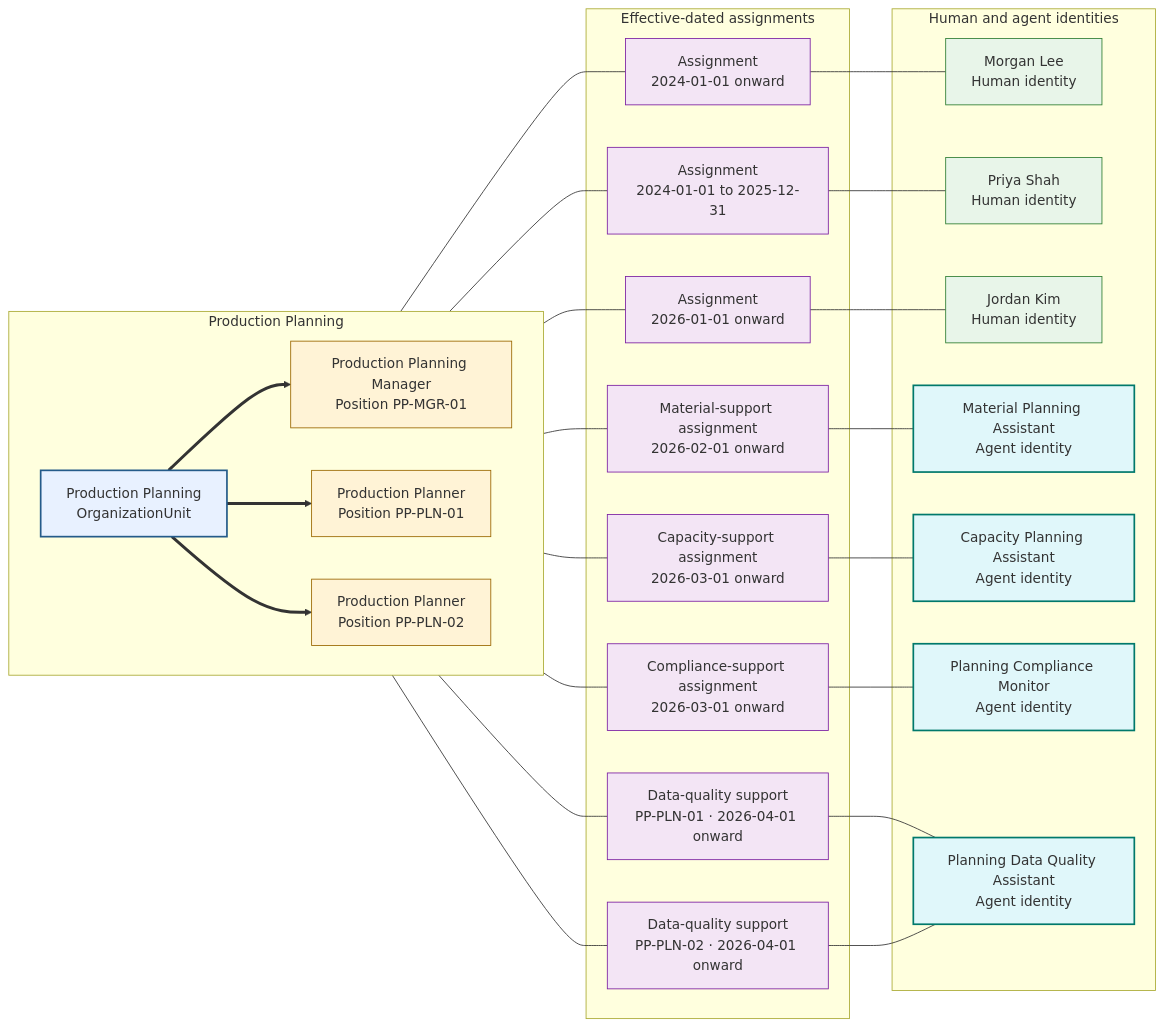
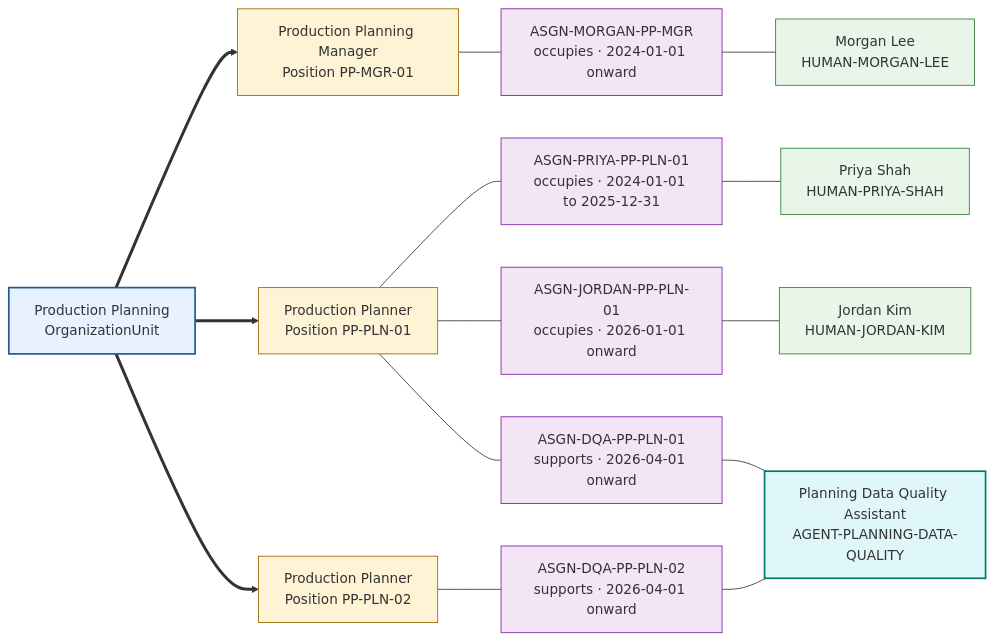
Before and after one commit to nauticana/charter: the third of 3 diagrams in examples/harbor-manufacturing/01_enterprise.md, drawn with Mermaid. The commit also changed other lines of this file and 101 other files, not shown here.

````diff
--- a/examples/harbor-manufacturing/01_enterprise.md
+++ b/examples/harbor-manufacturing/01_enterprise.md
@@ -178,55 +103,40 @@
 ```mermaid
 flowchart LR
-    subgraph ProductionPlanningOrganization["Production Planning"]
-        direction LR
-        ProductionPlanningUnit["Production Planning<br/>OrganizationUnit"]
-        PlanningManagerPosition["Production Planning Manager<br/>Position PP-MGR-01"]
-        PlannerPositionOne["Production Planner<br/>Position PP-PLN-01"]
-        PlannerPositionTwo["Production Planner<br/>Position PP-PLN-02"]
+    direction LR
+    ProductionPlanningUnit["Production Planning<br/>OrganizationUnit"]
+    PlanningManagerPosition["Production Planning Manager<br/>Position PP-MGR-01"]
+    PlannerPositionOne["Production Planner<br/>Position PP-PLN-01"]
+    PlannerPositionTwo["Production Planner<br/>Position PP-PLN-02"]
 
-        ProductionPlanningUnit ==> PlanningManagerPosition
-        ProductionPlanningUnit ==> PlannerPositionOne
-        ProductionPlanningUnit ==> PlannerPositionTwo
-    end
+    ProductionPlanningUnit ==> PlanningManagerPosition
+    ProductionPlanningUnit ==> PlannerPositionOne
+    ProductionPlanningUnit ==> PlannerPositionTwo
 
-    subgraph Identities["Human and agent identities"]
-        Morgan["Morgan Lee<br/>Human identity"]
-        Priya["Priya Shah<br/>Human identity"]
-        Jordan["Jordan Kim<br/>Human identity"]
-        PlanningAgent["Material Planning Assistant<br/>Agent identity"]
-        CapacityAgent["Capacity Planning Assistant<br/>Agent identity"]
-        ComplianceAgent["Planning Compliance Monitor<br/>Agent identity"]
-        DataQualityAgent["Planning Data Quality Assistant<br/>Agent identity"]
-    end
+    Morgan["Morgan Lee<br/>HUMAN-MORGAN-LEE"]
+    Priya["Priya Shah<br/>HUMAN-PRIYA-SHAH"]
+    Jordan["Jordan Kim<br/>HUMAN-JORDAN-KIM"]
+    DataQualityAgent["Planning Data Quality Assistant<br/>AGENT-PLANNING-DATA-QUALITY"]
 
-    subgraph PositionAssignments["Effective-dated assignments"]
-        MorganAssignment["Assignment<br/>2024-01-01 onward"]
-        PriyaAssignment["Assignment<br/>2024-01-01 to 2025-12-31"]
-        JordanAssignment["Assignment<br/>2026-01-01 onward"]
-        MaterialAgentAssignment["Material-support assignment<br/>2026-02-01 onward"]
-        CapacityAgentAssignment["Capacity-support assignment<br/>2026-03-01 onward"]
-        ComplianceAgentAssignment["Compliance-support assignment<br/>2026-03-01 onward"]
-        DataQualityAssignmentOne["Data-quality support<br/>PP-PLN-01 · 2026-04-01 onward"]
-        DataQualityAssignmentTwo["Data-quality support<br/>PP-PLN-02 · 2026-04-01 onward"]
-    end
+    MorganAssignment["ASGN-MORGAN-PP-MGR<br/>occupies · 2024-01-01 onward"]
+    PriyaAssignment["ASGN-PRIYA-PP-PLN-01<br/>occupies · 2024-01-01 to 2025-12-31"]
+    JordanAssignment["ASGN-JORDAN-PP-PLN-01<br/>occupies · 2026-01-01 onward"]
+    DataQualityAssignmentOne["ASGN-DQA-PP-PLN-01<br/>supports · 2026-04-01 onward"]
+    DataQualityAssignmentTwo["ASGN-DQA-PP-PLN-02<br/>supports · 2026-04-01 onward"]
 
     PlanningManagerPosition --- MorganAssignment --- Morgan
     PlannerPositionOne --- PriyaAssignment --- Priya
     PlannerPositionOne --- JordanAssignment --- Jordan
-    PlannerPositionOne --- MaterialAgentAssignment --- PlanningAgent
-    PlannerPositionOne --- CapacityAgentAssignment --- CapacityAgent
-    PlanningManagerPosition --- ComplianceAgentAssignment --- ComplianceAgent
     PlannerPositionOne --- DataQualityAssignmentOne --- DataQualityAgent
     PlannerPositionTwo --- DataQualityAssignmentTwo --- DataQualityAgent
 
     classDef organizationUnit fill:#e8f1ff,stroke:#245b8a,stroke-width:2px
     classDef position fill:#fff3d6,stroke:#9a6700,stroke-width:1px
     classDef humanIdentity fill:#e8f5e9,stroke:#2e7d32,stroke-width:1px
     classDef agentIdentity fill:#e0f7fa,stroke:#00796b,stroke-width:2px
     classDef assignment fill:#f3e5f5,stroke:#7b1fa2,stroke-width:1px
     class ProductionPlanningUnit organizationUnit
     class PlanningManagerPosition,PlannerPositionOne,PlannerPositionTwo position
     class Morgan,Priya,Jordan humanIdentity
-    class PlanningAgent,CapacityAgent,ComplianceAgent,DataQualityAgent agentIdentity
-    class MorganAssignment,PriyaAssignment,JordanAssignment,MaterialAgentAssignment,CapacityAgentAssignment,ComplianceAgentAssignment,DataQualityAssignmentOne,DataQualityAssignmentTwo assignment
+    class DataQualityAgent agentIdentity
+    class MorganAssignment,PriyaAssignment,JordanAssignment,DataQualityAssignmentOne,DataQualityAssignmentTwo assignment
 ```
````
